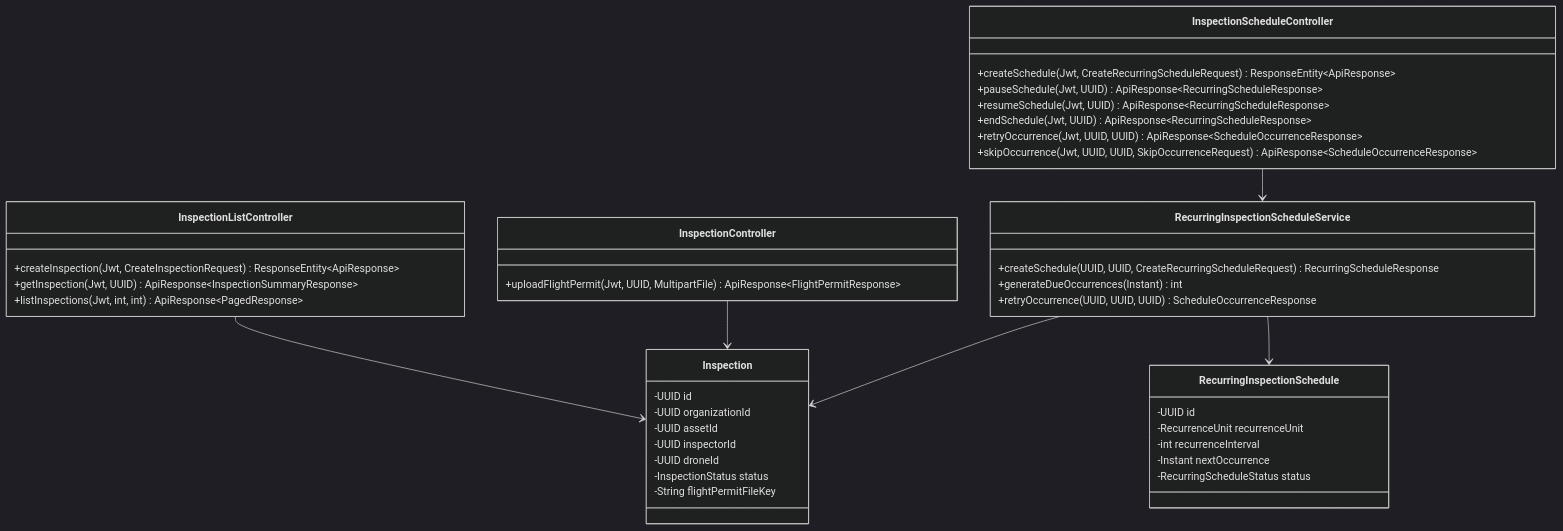
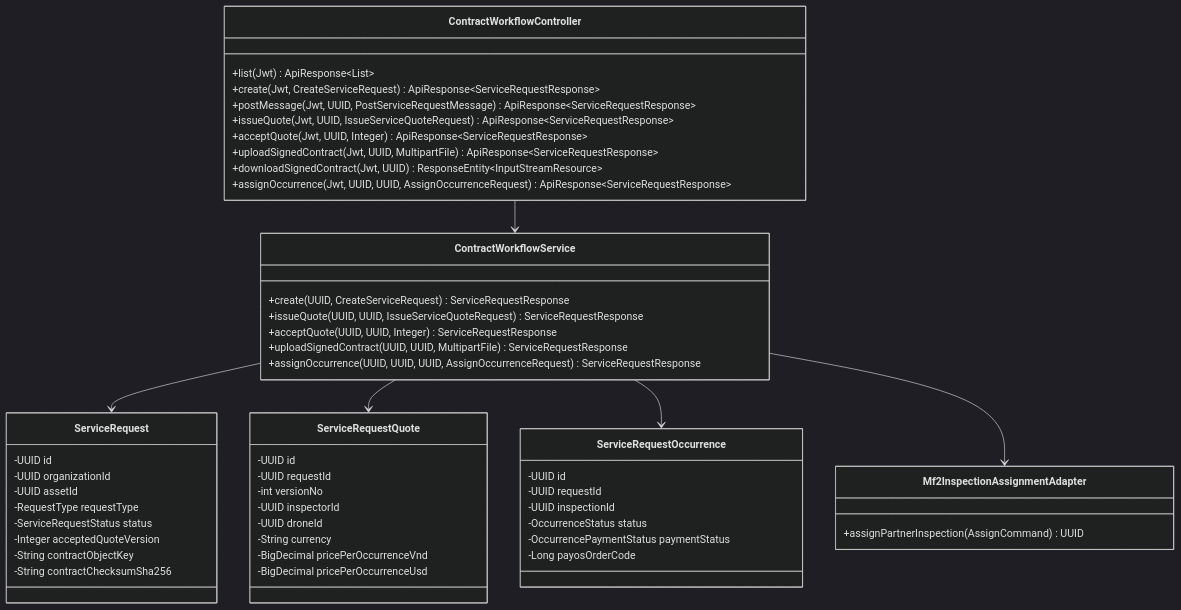
The ninth of 23 diagrams in reports/report-4-software-design-document/03-detailed-design.md (tungbach12/SmartDroneInspection-Docs), drawn with Mermaid (dark theme) before and after one commit. The commit also changed other lines of this file and 245 other files, not shown here.

First line of the commit message:
docs(reports): synchronize all reports, diagrams, and test sheets to 5-role 8-feature baseline

````diff
--- a/reports/report-4-software-design-document/03-detailed-design.md
+++ b/reports/report-4-software-design-document/03-detailed-design.md
@@ -387,46 +362,57 @@
 ```mermaid
-%% title: Inspection Mission, Recurring Schedule and Permit Gate Class Diagram
+%% title: Service Request, Quotation, Signed Contract and Partner Dispatch Class Diagram
 classDiagram
-  class InspectionListController {
-    +createInspection(Jwt, CreateInspectionRequest) ResponseEntity~ApiResponse~
-    +getInspection(Jwt, UUID) ApiResponse~InspectionSummaryResponse~
-    +listInspections(Jwt, int, int) ApiResponse~PagedResponse~
+  class ContractWorkflowController {
+    +list(Jwt) ApiResponse~List~
+    +create(Jwt, CreateServiceRequest) ApiResponse~ServiceRequestResponse~
+    +postMessage(Jwt, UUID, PostServiceRequestMessage) ApiResponse~ServiceRequestResponse~
+    +issueQuote(Jwt, UUID, IssueServiceQuoteRequest) ApiResponse~ServiceRequestResponse~
+    +acceptQuote(Jwt, UUID, Integer) ApiResponse~ServiceRequestResponse~
+    +uploadSignedContract(Jwt, UUID, MultipartFile) ApiResponse~ServiceRequestResponse~
+    +downloadSignedContract(Jwt, UUID) ResponseEntity~InputStreamResource~
+    +assignOccurrence(Jwt, UUID, UUID, AssignOccurrenceRequest) ApiResponse~ServiceRequestResponse~
   }
-  class InspectionScheduleController {
-    +createSchedule(Jwt, CreateRecurringScheduleRequest) ResponseEntity~ApiResponse~
-    +pauseSchedule(Jwt, UUID) ApiResponse~RecurringScheduleResponse~
-    +resumeSchedule(Jwt, UUID) ApiResponse~RecurringScheduleResponse~
-    +endSchedule(Jwt, UUID) ApiResponse~RecurringScheduleResponse~
-    +retryOccurrence(Jwt, UUID, UUID) ApiResponse~ScheduleOccurrenceResponse~
-    +skipOccurrence(Jwt, UUID, UUID, SkipOccurrenceRequest) ApiResponse~ScheduleOccurrenceResponse~
+  class ContractWorkflowService {
+    +create(UUID, CreateServiceRequest) ServiceRequestResponse
+    +issueQuote(UUID, UUID, IssueServiceQuoteRequest) ServiceRequestResponse
+    +acceptQuote(UUID, UUID, Integer) ServiceRequestResponse
+    +uploadSignedContract(UUID, UUID, MultipartFile) ServiceRequestResponse
+    +assignOccurrence(UUID, UUID, UUID, AssignOccurrenceRequest) ServiceRequestResponse
   }
-  class InspectionController {
-    +uploadFlightPermit(Jwt, UUID, MultipartFile) ApiResponse~FlightPermitResponse~
+  class Mf2InspectionAssignmentAdapter {
+    +assignPartnerInspection(AssignCommand) UUID
   }
-  class RecurringInspectionScheduleService {
-    +createSchedule(UUID, UUID, CreateRecurringScheduleRequest) RecurringScheduleResponse
-    +generateDueOccurrences(Instant) int
-    +retryOccurrence(UUID, UUID, UUID) ScheduleOccurrenceResponse
-  }
-  class Inspection {
+  class ServiceRequest {
     -UUID id
     -UUID organizationId
     -UUID assetId
+    -RequestType requestType
+    -ServiceRequestStatus status
+    -Integer acceptedQuoteVersion
+    -String contractObjectKey
+    -String contractChecksumSha256
+  }
+  class ServiceRequestQuote {
+    -UUID id
+    -UUID requestId
+    -int versionNo
     -UUID inspectorId
     -UUID droneId
-    -InspectionStatus status
-    -String flightPermitFileKey
+    -String currency
+    -BigDecimal pricePerOccurrenceVnd
+    -BigDecimal pricePerOccurrenceUsd
   }
-  class RecurringInspectionSchedule {
+  class ServiceRequestOccurrence {
     -UUID id
-    -RecurrenceUnit recurrenceUnit
-    -int recurrenceInterval
-    -Instant nextOccurrence
-    -RecurringScheduleStatus status
+    -UUID requestId
+    -UUID inspectionId
+    -OccurrenceStatus status
+    -OccurrencePaymentStatus paymentStatus
+    -Long payosOrderCode
   }
-  InspectionListController --> Inspection
-  InspectionController --> Inspection
-  InspectionScheduleController --> RecurringInspectionScheduleService
-  RecurringInspectionScheduleService --> RecurringInspectionSchedule
-  RecurringInspectionScheduleService --> Inspection
+  ContractWorkflowController --> ContractWorkflowService
+  ContractWorkflowService --> ServiceRequest
+  ContractWorkflowService --> ServiceRequestQuote
+  ContractWorkflowService --> ServiceRequestOccurrence
+  ContractWorkflowService --> Mf2InspectionAssignmentAdapter
 ```
````
